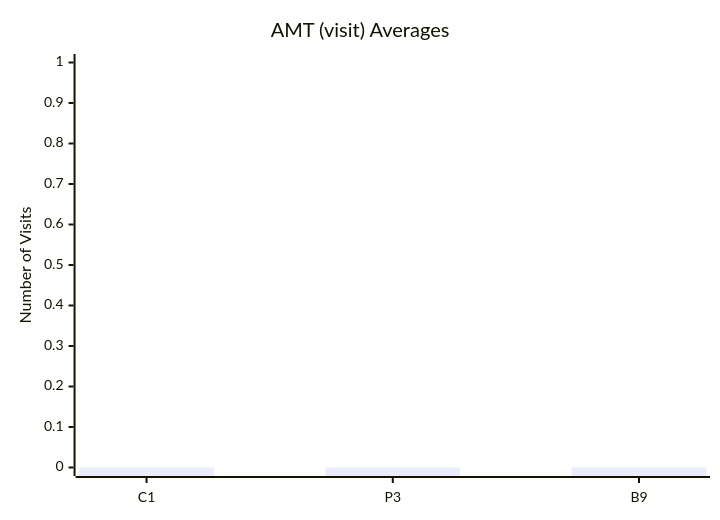
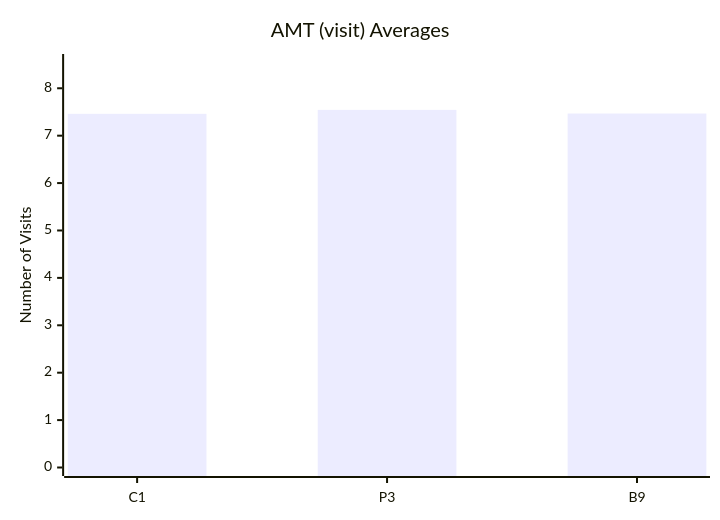
The tenth of 10 diagrams in test-tools/DataGen/src/Statistics_Visualizer.md (dhagan-va/intern-2025), drawn with Mermaid before and after one commit. The commit also changed other lines of this file, not shown here.

````diff
--- a/test-tools/DataGen/src/Statistics_Visualizer.md
+++ b/test-tools/DataGen/src/Statistics_Visualizer.md
@@ -108,7 +108,7 @@
 ```mermaid
 xychart-beta
     title "AMT (visit) Averages"
     x-axis ["C1", "P3", "B9"]
-    y-axis "Number of Visits" 0 --> 1.0
-    bar [0.0, 0.0, 0.0]
+    y-axis "Number of Visits" 0 --> 8.543570820323588
+    bar [7.461254612546125, 7.543570820323588, 7.467215441385183]
 ```
````
